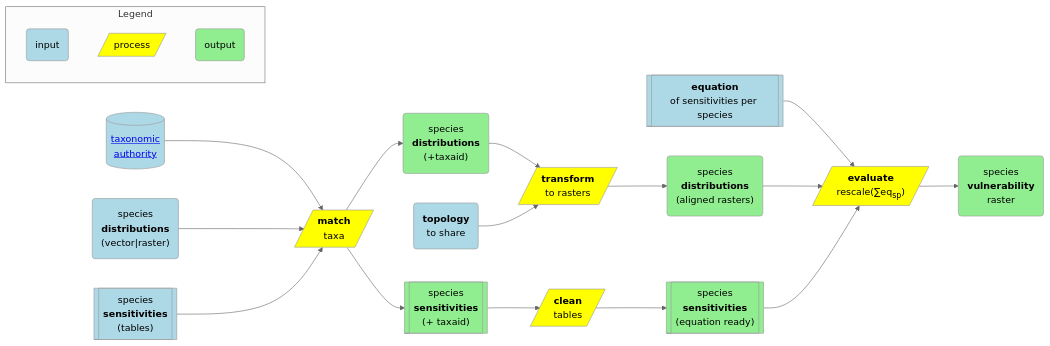
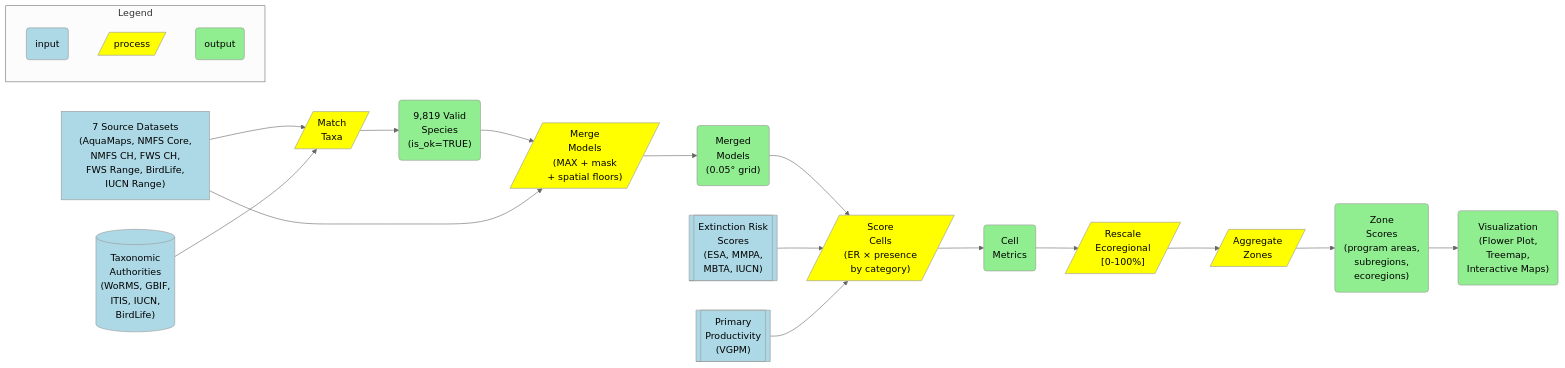
The diagram in diagrams/process.mmd (MarineSensitivity/docs), drawn with Mermaid (neutral theme) before and after one commit. The commit also changed 28 other files, not shown here.

Commit message:
major update: new methodologies w/ overview figure, MMPA, MBTA protections, datasets, etc

```diff
--- a/diagrams/process.mmd
+++ b/diagrams/process.mmd
@@ -1,48 +1,50 @@
 flowchart LR
 
   %% nodes
-  ta[("<a href='https://docs.ropensci.org/taxize/articles/datasources.html'>taxonomic<br>authority</a>")]:::in
-  sd("species<br><b>distributions</b><br>(vector|raster)"):::in
-  sdm("species<br><b>distributions</b><br>(+taxaid)"):::out
-  sdmt("species<br><b>distributions</b><br>(aligned rasters)"):::out
-  sdmte("species<br><b>vulnerability</b><br>raster"):::out
-  ct("<b>topology</b><br>to share<br>"):::in
-  st[["species<br><b>sensitivities</b><br>(tables)"]]:::in
-  stm[["species<br><b>sensitivities</b><br>(+ taxaid)"]]:::out
-  stmc[["species<br><b>sensitivities</b><br>(equation ready)"]]:::out
-  eq[["<b>equation</b><br>of sensitivities per species"]]:::in
-  m[/"<b>match</b><br>taxa"/]:::fxn
-  t[/"<b>transform</b><br>to rasters"/]:::fxn
-  c[/"<b>clean</b><br>tables"/]:::fxn
-  e[/"<b>evaluate</b><br>rescale(&sum;eq<sub>sp</sub>)"/]:::fxn
+  ds["7 Source Datasets<br>(AquaMaps, NMFS Core,<br>NMFS CH, FWS CH,<br>FWS Range, BirdLife,<br>IUCN Range)"]:::in
+  ta[("Taxonomic<br>Authorities<br>(WoRMS, GBIF,<br>ITIS, IUCN,<br>BirdLife)")]:::in
+  er[["Extinction Risk<br>Scores<br>(ESA, MMPA,<br>MBTA, IUCN)"]]:::in
+  pp[["Primary<br>Productivity<br>(VGPM)"]]:::in
+
+  m[/"Match<br>Taxa"/]:::fxn
+  mg[/"Merge<br>Models<br>(MAX + mask<br>+ spatial floors)"/]:::fxn
+  sc[/"Score<br>Cells<br>(ER × presence<br>by category)"/]:::fxn
+  rs[/"Rescale<br>Ecoregional<br>[0-100%]"/]:::fxn
+  za[/"Aggregate<br>Zones"/]:::fxn
+
+  tx("9,819 Valid<br>Species<br>(is_ok=TRUE)"):::out
+  mm("Merged<br>Models<br>(0.05° grid)"):::out
+  cm("Cell<br>Metrics"):::out
+  zm("Zone<br>Scores<br>(program areas,<br>subregions,<br>ecoregions)"):::out
+  viz("Visualization<br>(Flower Plot,<br>Treemap,<br>Interactive Maps)"):::out
 
   %% edges
+  ds   --> m
   ta   --> m
-  sd   --> m
-  st   --> m
-  m    --> sdm
-  m    --> stm
-  sdm  --> t
-  ct   --> t
-  t    --> sdmt
-  stm  --> c
-  c    --> stmc
-  eq   --> e
-  sdmt --> e
-  stmc --> e
-  e    --> sdmte
+  m    --> tx
+  tx   --> mg
+  ds   --> mg
+  mg   --> mm
+  mm   --> sc
+  er   --> sc
+  pp   --> sc
+  sc   --> cm
+  cm   --> rs
+  rs   --> za
+  za   --> zm
+  zm   --> viz
 
   %% Legend
   in(input):::in
   fxn[/process/]:::fxn
   out(output):::out
   subgraph Legend
     in
     fxn
     out
   end
 
   %% styles
   classDef in  fill:lightblue
   classDef out fill:lightgreen
   classDef fxn fill:yellow
```
